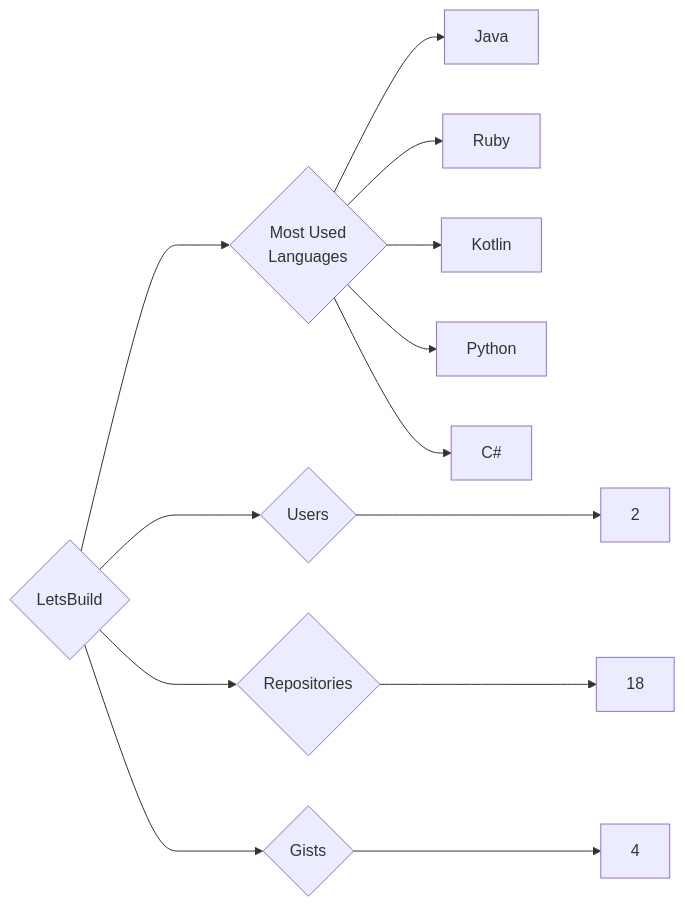
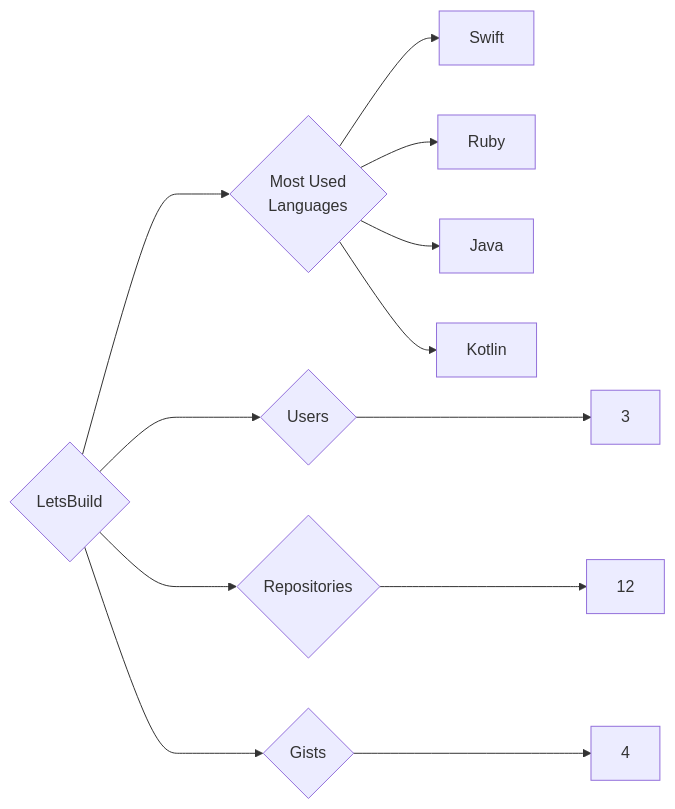
The diagram in targets/LetsBuild/README.md (trickest/insiders), drawn with Mermaid before and after one commit. The commit also changed 944 other files, not shown here.

````diff
--- a/targets/LetsBuild/README.md
+++ b/targets/LetsBuild/README.md
@@ -3,13 +3,12 @@
 ```mermaid
 graph LR
 COMPANY_NAME{LetsBuild}
-COMPANY_NAME ---> U{Users} ---> UN[2]
-COMPANY_NAME ---> R{Repositories} ---> RN[18]
+COMPANY_NAME ---> U{Users} ---> UN[3]
+COMPANY_NAME ---> R{Repositories} ---> RN[12]
 COMPANY_NAME ---> G{Gists} ---> GN[4]
 COMPANY_NAME ---> ML{Most Used<br>Languages}
+ML --> Swift[Swift]
+ML --> Ruby[Ruby]
 ML --> Java[Java]
-ML --> Ruby[Ruby]
 ML --> Kotlin[Kotlin]
-ML --> Python[Python]
-ML --> C#[C#]
 ```
````
